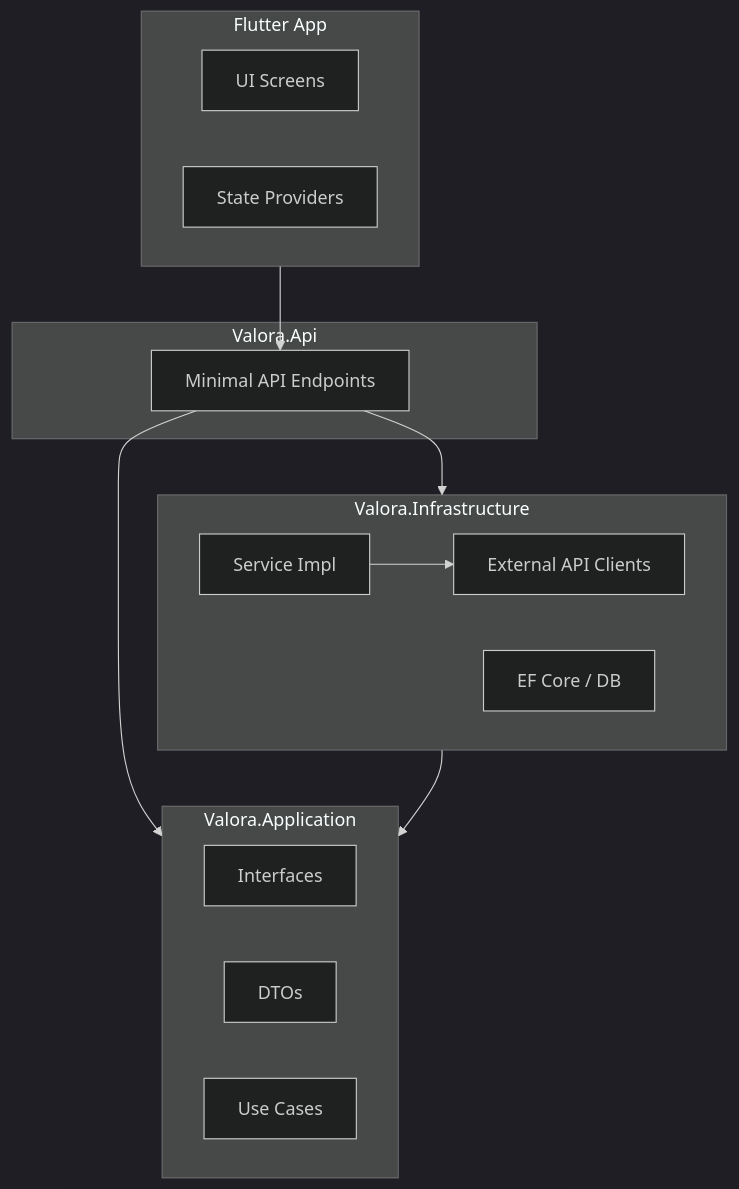
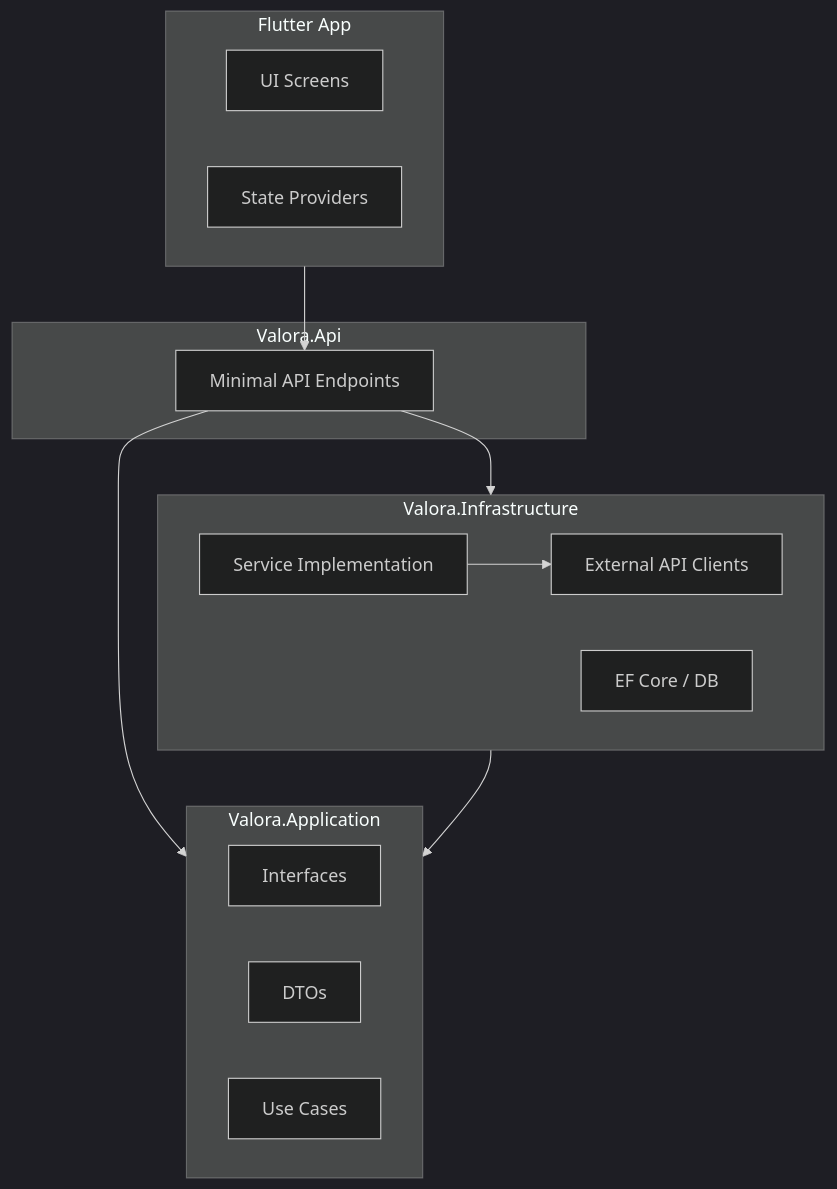
One commit to YKDBontekoe/valora changed the diagram in README.md. Above: the diagram before and after it, drawn with Mermaid (dark theme). The commit also changed other lines of this file and 4 other files, not shown here.

First line of the commit message:
docs: improve architecture overview, inline docs, and onboarding guides

````diff
--- a/README.md
+++ b/README.md
@@ -92,29 +25,29 @@
 ```mermaid
 graph TD
     subgraph Frontend [Flutter App]
         UI[UI Screens]
         Providers[State Providers]
     end
 
     subgraph Backend [Valora.Api]
         API[Minimal API Endpoints]
     end
 
     subgraph Application [Valora.Application]
         Interfaces[Interfaces]
         DTOs[DTOs]
         UseCases[Use Cases]
     end
 
     subgraph Infrastructure [Valora.Infrastructure]
-        Services[Service Impl]
+        Services[Service Implementation]
         EF[EF Core / DB]
         ExtClients[External API Clients]
     end
 
     Frontend --> API
     API --> Application
     Infrastructure --> Application
     API --> Infrastructure
     Services --> ExtClients
 ```
````
